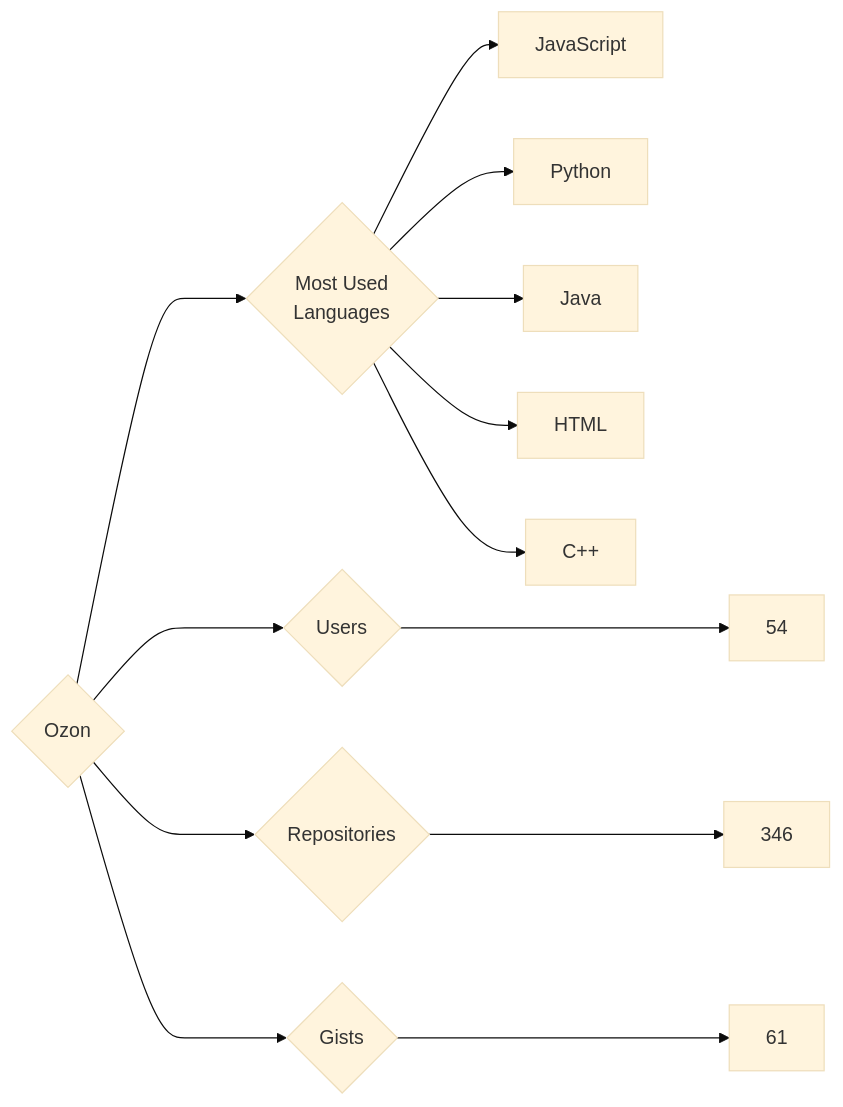
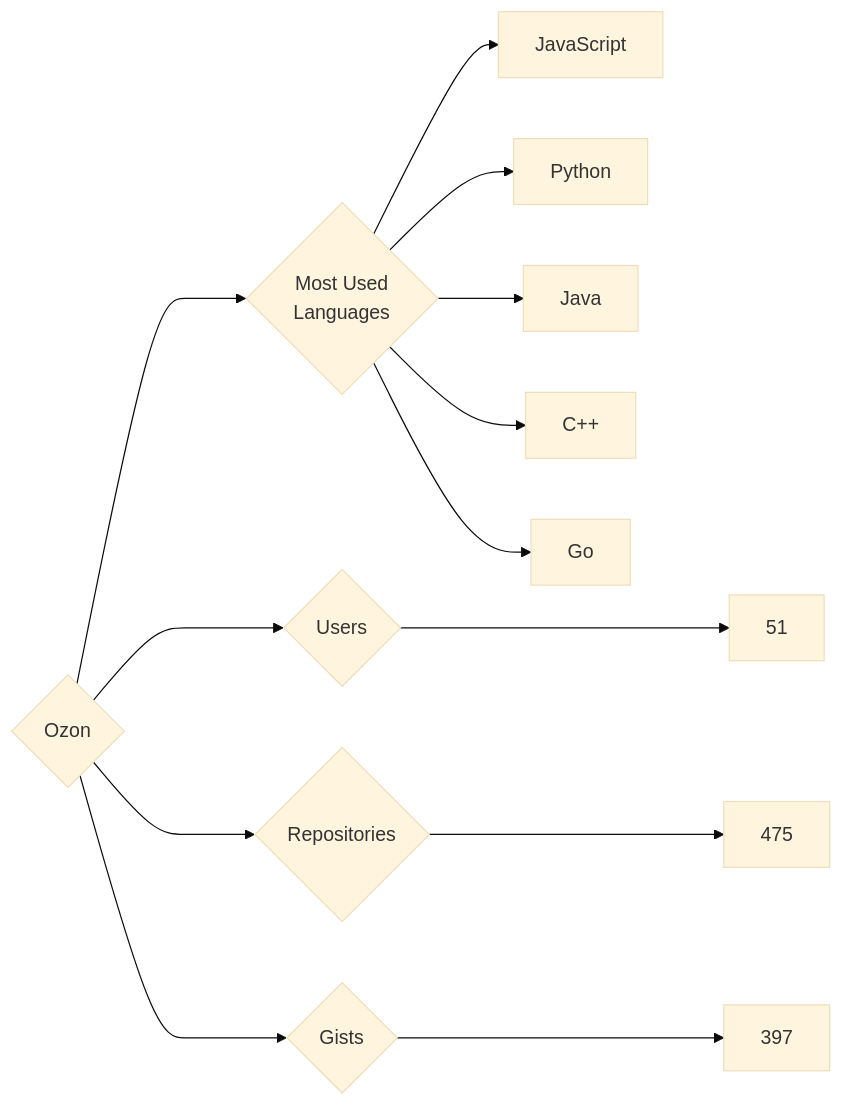
Before and after one commit to trickest/insiders: the diagram in targets/Ozon/README.md, drawn with Mermaid (base theme). The commit also changed 597 other files, not shown here.

````diff
--- a/targets/Ozon/README.md
+++ b/targets/Ozon/README.md
@@ -3,13 +3,13 @@
 ```mermaid
 graph LR
 COMPANY_NAME{Ozon}
-COMPANY_NAME ---> U{Users} ---> UN[54]
-COMPANY_NAME ---> R{Repositories} ---> RN[346]
-COMPANY_NAME ---> G{Gists} ---> GN[61]
+COMPANY_NAME ---> U{Users} ---> UN[51]
+COMPANY_NAME ---> R{Repositories} ---> RN[475]
+COMPANY_NAME ---> G{Gists} ---> GN[397]
 COMPANY_NAME ---> ML{Most Used<br>Languages}
 ML --> JavaScript[JavaScript]
 ML --> Python[Python]
 ML --> Java[Java]
-ML --> HTML[HTML]
 ML --> C++[C++]
+ML --> Go[Go]
 ```
````
